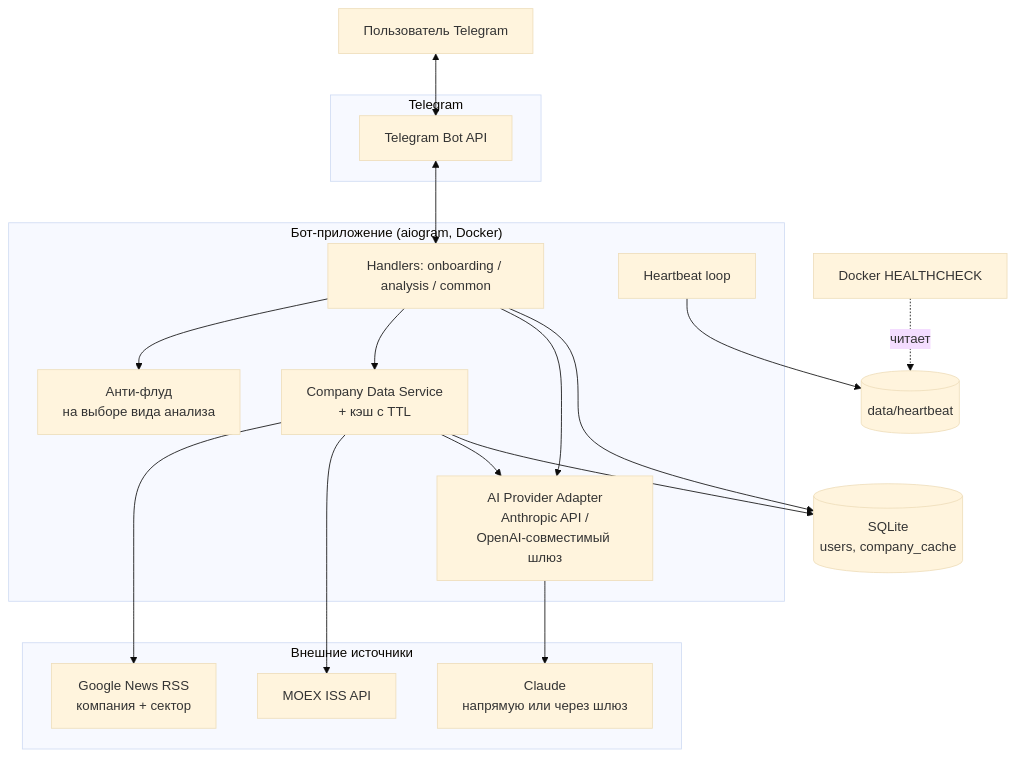
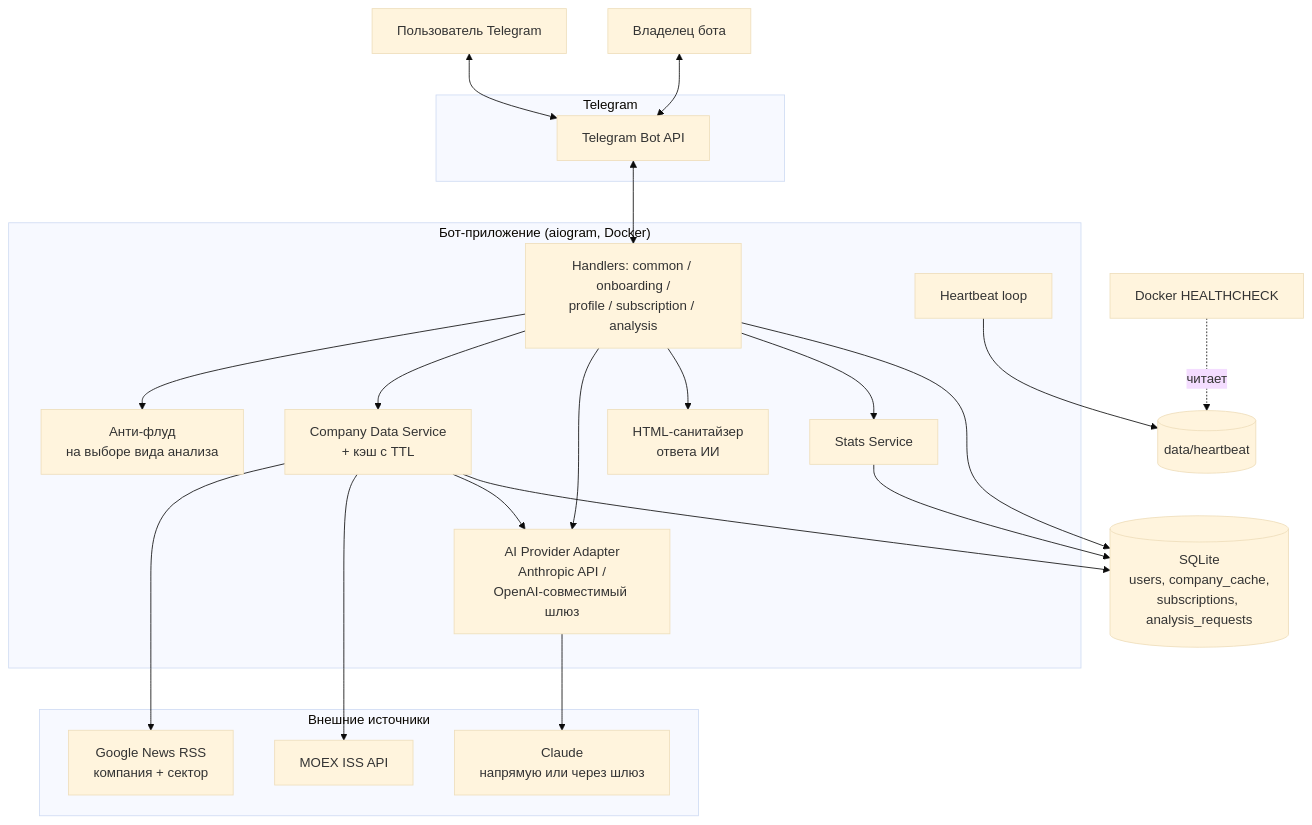
One commit to keshtoim/analysis_for_invest_bot changed the first of 5 diagrams in README.md. Above: the diagram before and after it, drawn with Mermaid (base theme). The commit also changed other lines of this file, not shown here.

First line of the commit message:
docs: README/диаграммы под монетизацию, профиль, /stats, санитайзер

````diff
--- a/README.md
+++ b/README.md
@@ -66,38 +83,45 @@
 ```mermaid
 graph TD
     U[Пользователь Telegram]
+    OWNER[Владелец бота]
 
     subgraph TG["Telegram"]
         API[Telegram Bot API]
     end
 
     subgraph APP["Бот-приложение (aiogram, Docker)"]
-        H[Handlers: onboarding / analysis / common]
+        H[Handlers: common / onboarding /<br/>profile / subscription / analysis]
         AF[Анти-флуд<br/>на выборе вида анализа]
         CDS[Company Data Service<br/>+ кэш с TTL]
         AIP[AI Provider Adapter<br/>Anthropic API /<br/>OpenAI-совместимый шлюз]
+        SAN[HTML-санитайзер<br/>ответа ИИ]
+        STATS[Stats Service]
         HB[Heartbeat loop]
     end
 
     subgraph EXT["Внешние источники"]
         NEWS[Google News RSS<br/>компания + сектор]
         MOEX[MOEX ISS API]
         AI[Claude<br/>напрямую или через шлюз]
     end
 
-    DB[(SQLite<br/>users, company_cache)]
+    DB[(SQLite<br/>users, company_cache,<br/>subscriptions, analysis_requests)]
 
     U <--> API
+    OWNER <--> API
     API <--> H
     H --> AF
     H --> CDS
     H --> AIP
+    H --> SAN
+    H --> STATS
     CDS --> NEWS
     CDS --> MOEX
     CDS --> AIP
     AIP --> AI
     CDS --> DB
+    STATS --> DB
     H --> DB
     HB --> DB2[(data/heartbeat)]
     HC[Docker HEALTHCHECK] -.читает.-> DB2
 ```
````
